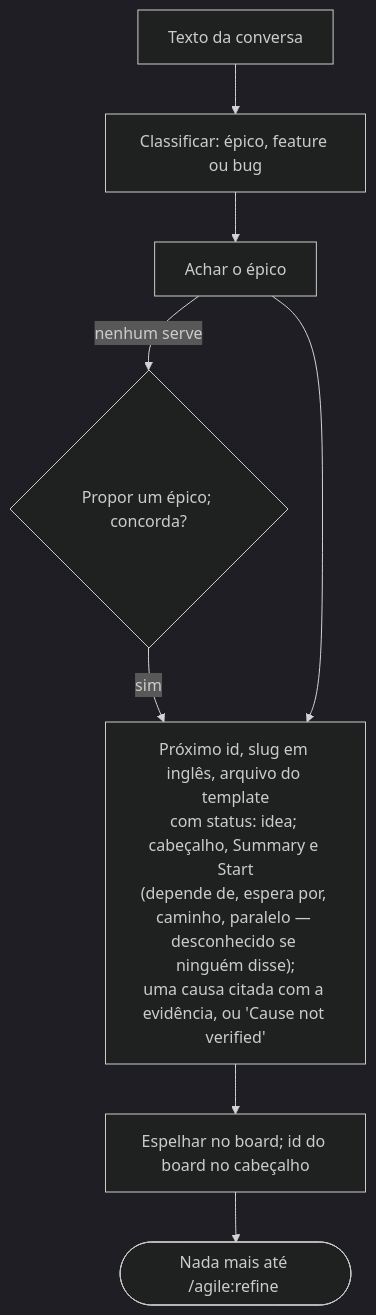
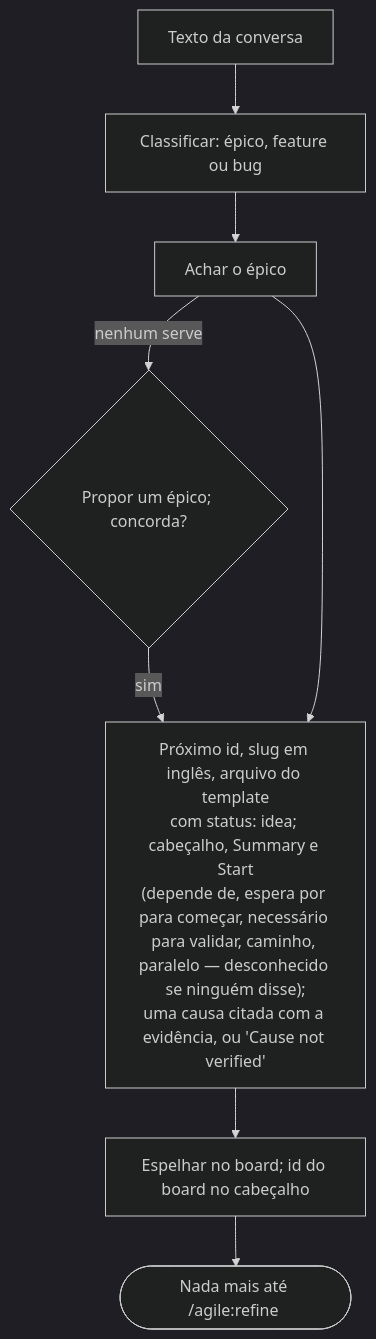
The fourth of 20 diagrams in docs/agile/workflow.pt-BR.md (alexcanario/simulab), drawn with Mermaid (dark theme) before and after one commit. The commit also changed other lines of this file and 17 other files, not shown here.

````diff
--- a/docs/agile/workflow.pt-BR.md
+++ b/docs/agile/workflow.pt-BR.md
@@ -1472,10 +2040,10 @@
 ```mermaid
 flowchart TD
     A["Texto da conversa"] --> B["Classificar: épico, feature ou bug"]
     B --> C["Achar o épico"]
     C -->|nenhum serve| C1{"Propor um épico; concorda?"}
     C1 -->|sim| D
-    C --> D["Próximo id, slug em inglês, arquivo do template<br/>com status: idea; cabeçalho, Summary e Start<br/>(depende de, espera por, caminho, paralelo — desconhecido se ninguém disse);<br/>uma causa citada com a evidência, ou 'Cause not verified'"]
+    C --> D["Próximo id, slug em inglês, arquivo do template<br/>com status: idea; cabeçalho, Summary e Start<br/>(depende de, espera por para começar, necessário para validar, caminho, paralelo — desconhecido se ninguém disse);<br/>uma causa citada com a evidência, ou 'Cause not verified'"]
     D --> E["Espelhar no board; id do board no cabeçalho"]
     E --> F(["Nada mais até /agile:refine <id>"])
 ```
````
